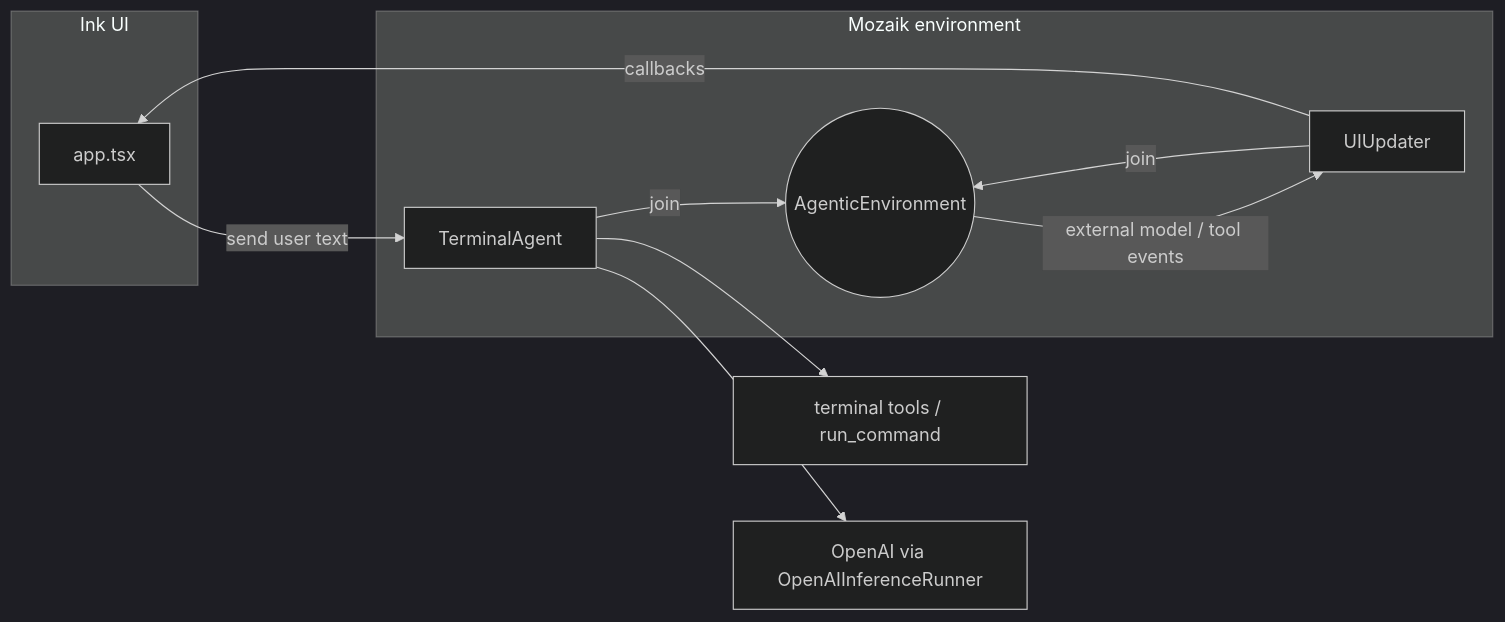
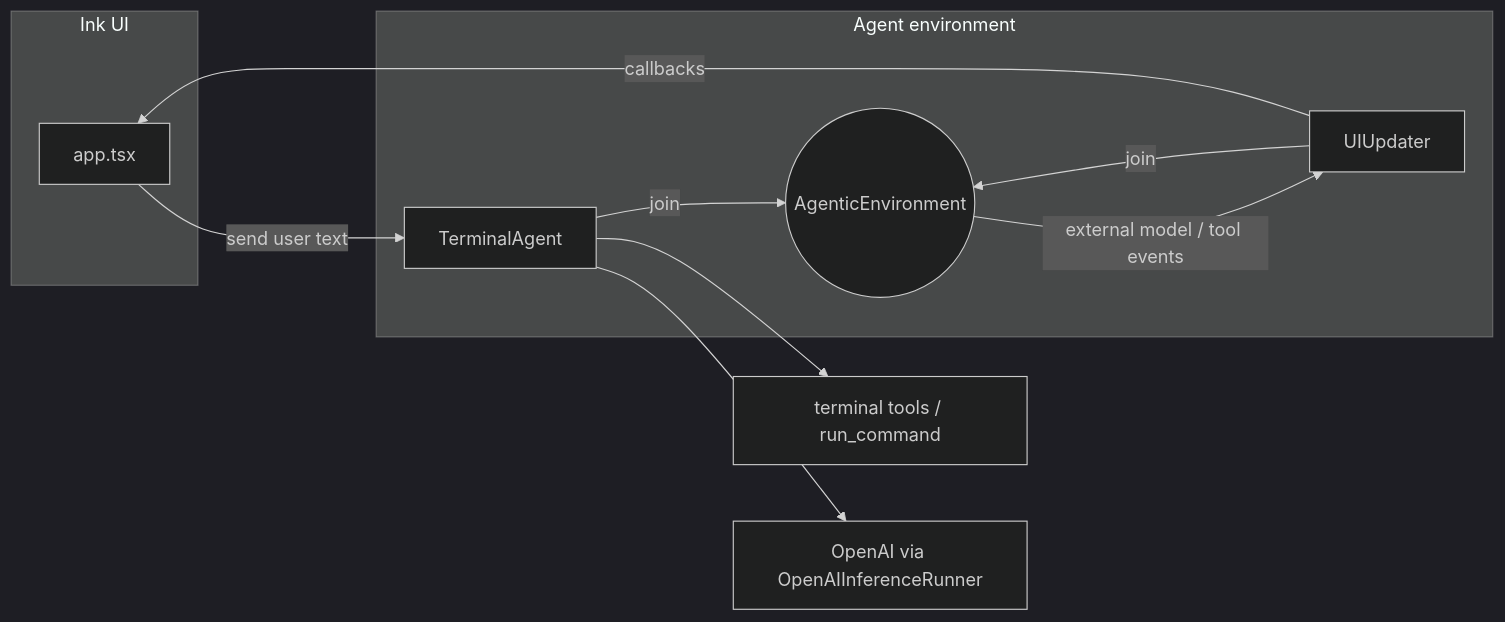
The diagram in README.md (jigjoy-ai/cli-agent-starter), drawn with Mermaid (dark theme) before and after one commit. The commit also changed other lines of this file and 6 other files, not shown here.

````diff
--- a/README.md
+++ b/README.md
@@ -28,23 +58,23 @@
 ```mermaid
 flowchart LR
   subgraph ui [Ink UI]
     App[app.tsx]
   end
 
-  subgraph mozaik [Mozaik environment]
+  subgraph mozaik [Agent environment]
     Env((AgenticEnvironment))
     Agent[TerminalAgent]
     Obs[UIUpdater]
   end
 
   Tools[terminal tools / run_command]
   OAI[OpenAI via OpenAIInferenceRunner]
 
   App -->|send user text| Agent
   Agent -->|join| Env
   Obs -->|join| Env
   Agent --> OAI
   Agent --> Tools
   Env -->|external model / tool events| Obs
   Obs -->|callbacks| App
 ```
````
